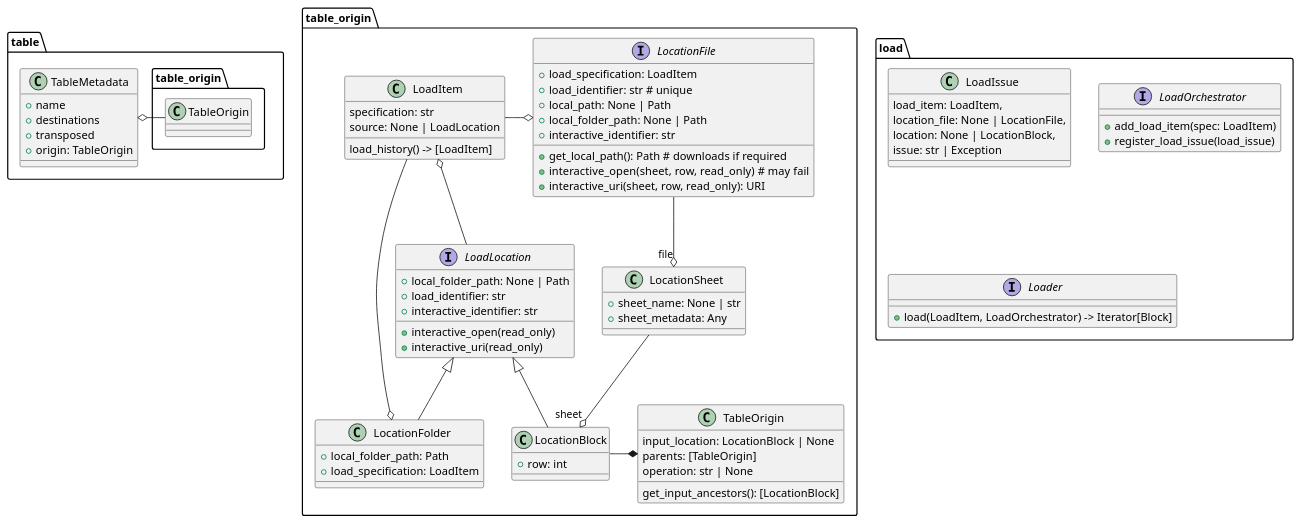
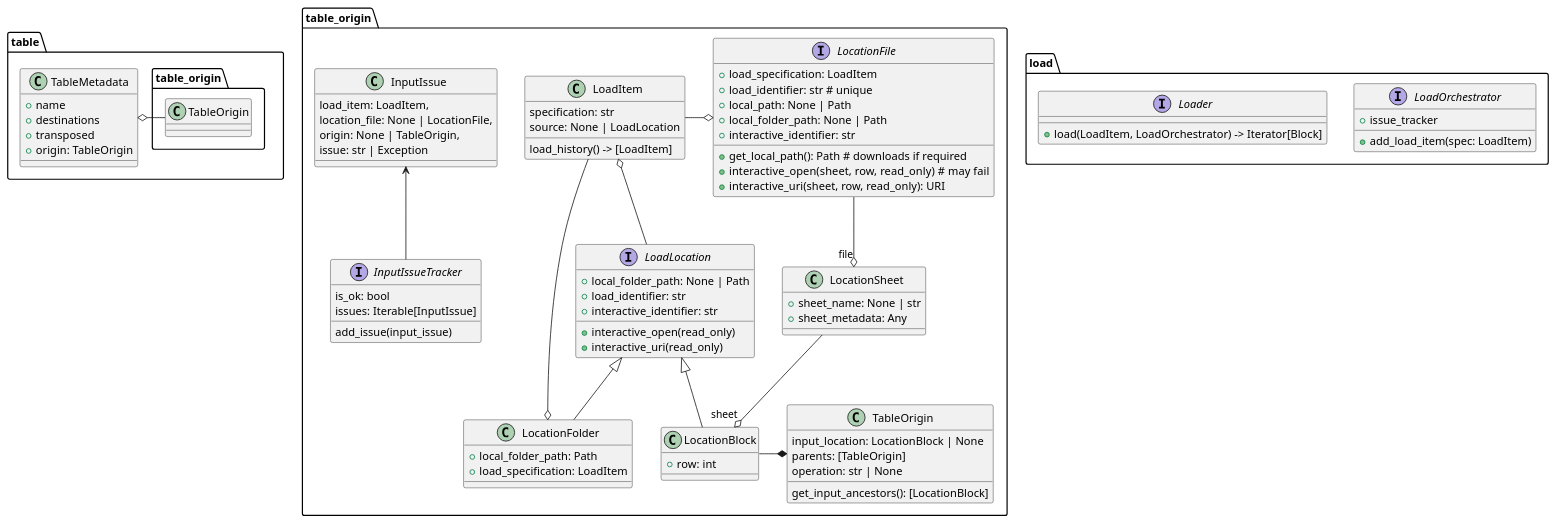
The diagram in docs/diagrams/src/table_origin.puml (startable/pdtable), drawn with PlantUML before and after one commit. The commit also changed 3 other files, not shown here.

```diff
--- a/docs/diagrams/src/table_origin.puml
+++ b/docs/diagrams/src/table_origin.puml
@@ -9,95 +9,103 @@
 @startuml Table Origin
 
 namespace load {
-    class LoadIssue {
-        load_item: LoadItem,
-        location_file: None | LocationFile,
-        location: None | LocationBlock,
-        issue: str | Exception
-    }
-
     interface LoadOrchestrator {
         + add_load_item(spec: LoadItem)
-        + register_load_issue(load_issue)
+        + issue_tracker
     }
 
     interface Loader {
         + load(LoadItem, LoadOrchestrator) -> Iterator[Block]
     }
 }
 
 namespace table {
     class TableMetadata {
         + name
         + destinations
         + transposed
         + origin: TableOrigin
 
     }
     table_origin.TableOrigin -o TableMetadata
 }
 
 namespace table_origin {
     class LoadItem  {
         specification: str
         source: None | LoadLocation
         load_history() -> [LoadItem]
     }
 
     class LocationFolder {
         + local_folder_path: Path
         + load_specification: LoadItem
     }
 
     LoadItem o-- LoadLocation
     LoadLocation <|-- LocationBlock
     LoadLocation <|-- LocationFolder
 
     LoadItem --o LocationFolder
 
     interface LoadLocation {
         + local_folder_path: None | Path
         + load_identifier: str
         + interactive_open(read_only)
         + interactive_uri(read_only)
         + interactive_identifier: str
     }
 
     interface LocationFile {
         + load_specification: LoadItem 
         + load_identifier: str # unique
         + local_path: None | Path
         + local_folder_path: None | Path
         + get_local_path(): Path # downloads if required
         + interactive_open(sheet, row, read_only)  # may fail
         + interactive_uri(sheet, row, read_only): URI
         + interactive_identifier: str 
     }
 
     LoadItem  -o LocationFile
 
     class LocationSheet {
     + sheet_name: None | str
     + sheet_metadata: Any
     }
 
     LocationFile --o "file" LocationSheet
 
     class LocationBlock {
     + row: int
     }
 
     LocationSheet --o "sheet" LocationBlock
 
 
     class TableOrigin {
         input_location: LocationBlock | None
         parents: [TableOrigin]
         operation: str | None
         get_input_ancestors(): [LocationBlock]
     }
 
     LocationBlock -* TableOrigin
+
+    class InputIssue {
+        load_item: LoadItem,
+        location_file: None | LocationFile,
+        origin: None | TableOrigin,
+        issue: str | Exception
+    }
+
+    interface InputIssueTracker {
+        add_issue(input_issue)
+        is_ok: bool
+        issues: Iterable[InputIssue]
+    }
+
+    InputIssue <-- InputIssueTracker
 }
 
 @enduml
```
